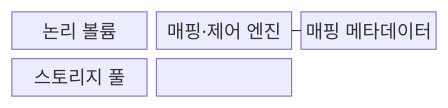
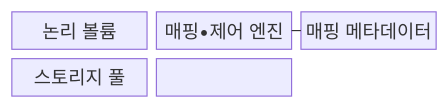
The first of 2 diagrams in src/content/docs/notes/02-hardware/081_storage_virtualization.md (agnusdei1207/knowledge-base), drawn with Mermaid before and after one commit. The commit also changed other lines of this file and 953 other files, not shown here.

````diff
--- a/src/content/docs/notes/02-hardware/081_storage_virtualization.md
+++ b/src/content/docs/notes/02-hardware/081_storage_virtualization.md
@@ -68,10 +68,10 @@
 ```mermaid
 block
   columns 3
   A["논리 볼륨"]
-  B["매핑·제어 엔진"]
+  B["매핑•제어 엔진"]
   C["매핑 메타데이터"]
   D["스토리지 풀"]
   A --- B --- D
   B --- C
 ```
````
